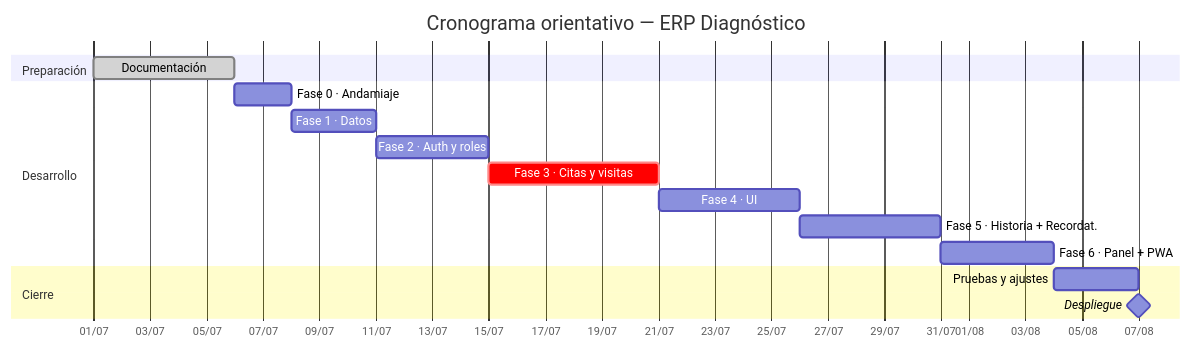
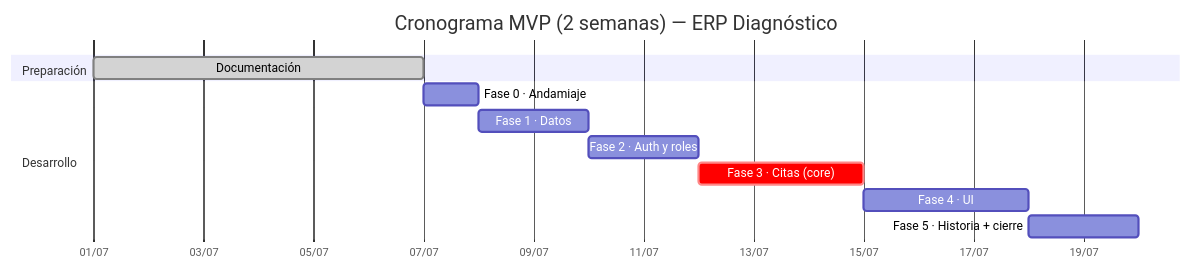
Before and after one commit to DhanaCorredor/diagnostico-backend: the diagram in docs/ROADMAP.md, drawn with Mermaid. The commit also changed other lines of this file and 4 other files, not shown here.

````diff
--- a/docs/ROADMAP.md
+++ b/docs/ROADMAP.md
@@ -86,22 +73,17 @@
 ```mermaid
 gantt
-    title Cronograma orientativo — ERP Diagnóstico
+    title Cronograma MVP (2 semanas) — ERP Diagnóstico
     dateFormat  YYYY-MM-DD
     axisFormat  %d/%m
 
     section Preparación
-    Documentación            :done,    doc, 2026-07-01, 5d
+    Documentación            :done,    doc, 2026-07-01, 6d
 
     section Desarrollo
-    Fase 0 · Andamiaje           :         f0, after doc, 2d
-    Fase 1 · Datos               :         f1, after f0, 3d
-    Fase 2 · Auth y roles        :         f2, after f1, 4d
-    Fase 3 · Citas y visitas     :crit,    f3, after f2, 6d
-    Fase 4 · UI                  :         f4, after f3, 5d
-    Fase 5 · Historia + Recordat.:         f5, after f4, 5d
-    Fase 6 · Panel + PWA         :         f6, after f5, 4d
-
-    section Cierre
-    Pruebas y ajustes            :         qa, after f6, 3d
-    Despliegue                   :milestone, dep, after qa, 0d
+    Fase 0 · Andamiaje           :         f0, after doc, 1d
+    Fase 1 · Datos               :         f1, after f0, 2d
+    Fase 2 · Auth y roles        :         f2, after f1, 2d
+    Fase 3 · Citas (core)        :crit,    f3, after f2, 3d
+    Fase 4 · UI                  :         f4, after f3, 3d
+    Fase 5 · Historia + cierre   :         f5, after f4, 2d
 ```
````
